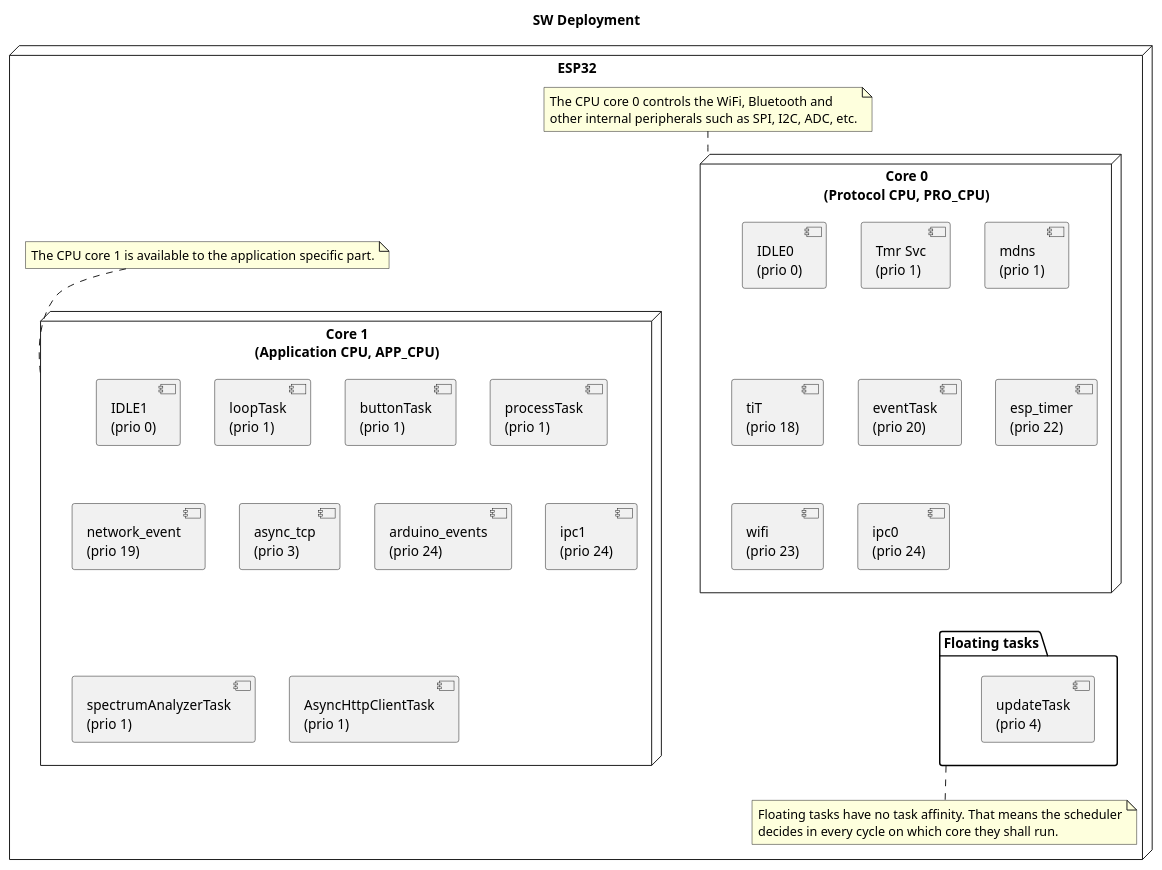
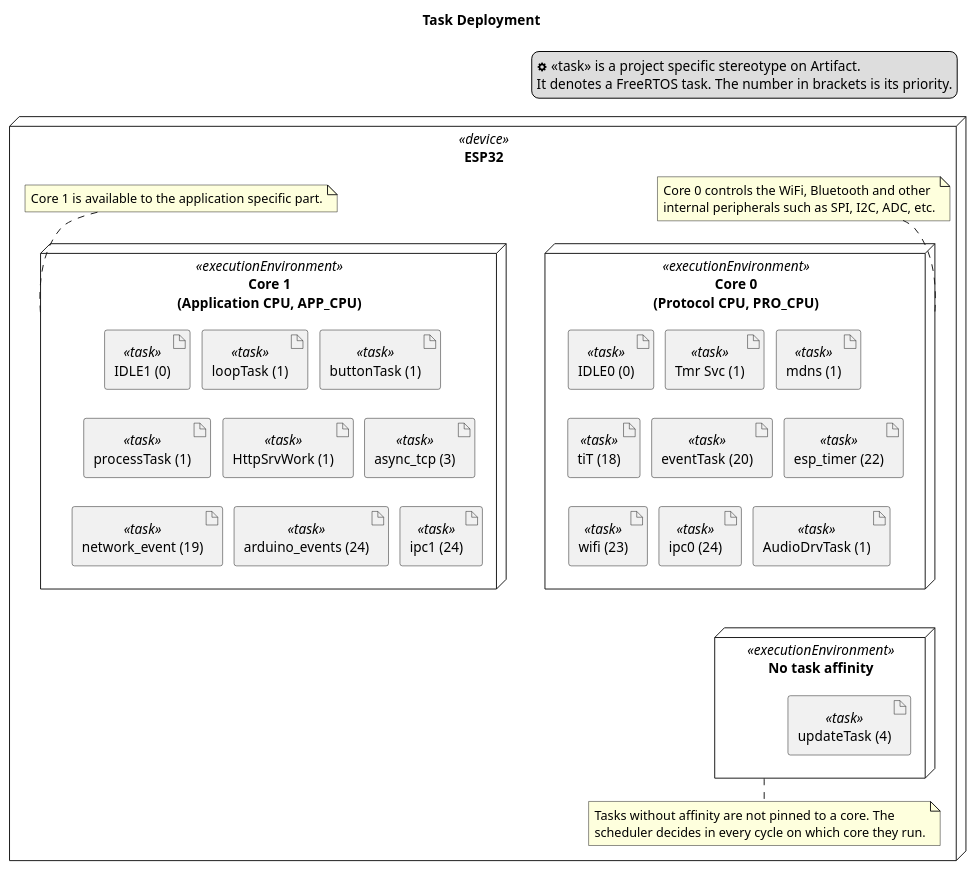
Before and after one commit to BlueAndi/Pixelix: the diagram in doc/architecture/uml/deployment.wsd, drawn with PlantUML. The commit also changed 66 other files, not shown here.

Commit message:
SW architecture updated

```diff
--- a/doc/architecture/uml/deployment.wsd
+++ b/doc/architecture/uml/deployment.wsd
@@ -1,57 +1,68 @@
 @startuml deployment
 
-title SW Deployment
+title Task Deployment
 
-node "ESP32" {
+' UML 2.5.1 (section 19.3.3): a Component is never deployed, only an Artifact is.
+' A FreeRTOS task is therefore modelled as an Artifact, deployed by nesting it
+' into the ExecutionEnvironment which schedules it.
 
-    node "Core 0\n(Protocol CPU, PRO_CPU)" as proCpu {
+skinparam nodesep 12
+skinparam ranksep 30
 
-        component "IDLE0\n(prio 0)" as idle1Task
-        component "Tmr Svc\n(prio 1)" as tmrSvcTask
-        component "mdns\n(prio 1)" as mdnsTask
-        component "tiT\n(prio 18)" as tiTTask
-        component "eventTask\n(prio 20)" as eventTask
-        component "esp_timer\n(prio 22)" as espTimerTask
-        component "wifi\n(prio 23)" as wifiTask
-        component "ipc0\n(prio 24)" as ipc0Task
+legend top right
+    <&cog> «task» is a project specific stereotype on Artifact.
+    It denotes a FreeRTOS task. The number in brackets is its priority.
+endlegend
+
+node "ESP32" <<device>> as esp32 {
+
+    node "Core 0\n(Protocol CPU, PRO_CPU)" <<executionEnvironment>> as proCpu {
+
+        artifact "IDLE0 (0)" <<task>> as idle0Task
+        artifact "Tmr Svc (1)" <<task>> as tmrSvcTask
+        artifact "mdns (1)" <<task>> as mdnsTask
+        artifact "tiT (18)" <<task>> as tiTTask
+        artifact "eventTask (20)" <<task>> as eventTask
+        artifact "esp_timer (22)" <<task>> as espTimerTask
+        artifact "wifi (23)" <<task>> as wifiTask
+        artifact "ipc0 (24)" <<task>> as ipc0Task
+        artifact "AudioDrvTask (1)" <<task>> as audioDrvTask
     }
 
-    node "Core 1\n(Application CPU, APP_CPU)" as appCpu {
+    node "Core 1\n(Application CPU, APP_CPU)" <<executionEnvironment>> as appCpu {
 
-        component "IDLE1\n(prio 0)" as idle0Task
-        component "loopTask\n(prio 1)" as loopTask
-        component "buttonTask\n(prio 1)" as buttonTask
-        component "processTask\n(prio 1)" as processTask
-        component "network_event\n(prio 19)" as networkEventTask
-        component "async_tcp\n(prio 3)" as asyncTcpTask
-
-        component "arduino_events\n(prio 24)" as arduinoEvents
-
-        component "ipc1\n(prio 24)" as ipc1Task
-        component "spectrumAnalyzerTask\n(prio 1)" as spectrumAnalyzerTask
-        component "AsyncHttpClientTask\n(prio 1)" as asyncHttpClientTask
+        artifact "IDLE1 (0)" <<task>> as idle1Task
+        artifact "loopTask (1)" <<task>> as loopTask
+        artifact "buttonTask (1)" <<task>> as buttonTask
+        artifact "processTask (1)" <<task>> as processTask
+        artifact "HttpSrvWork (1)" <<task>> as httpSrvWorkTask
+        artifact "async_tcp (3)" <<task>> as asyncTcpTask
+        artifact "network_event (19)" <<task>> as networkEventTask
+        artifact "arduino_events (24)" <<task>> as arduinoEventsTask
+        artifact "ipc1 (24)" <<task>> as ipc1Task
     }
 
-    package "Floating tasks" as floatingTasks {
-        component "updateTask\n(prio 4)" as updateTask
+    node "No task affinity" <<executionEnvironment>> as floating {
+
+        artifact "updateTask (4)" <<task>> as updateTask
     }
 
     note top of proCpu
-        The CPU core 0 controls the WiFi, Bluetooth and
-        other internal peripherals such as SPI, I2C, ADC, etc.
+        Core 0 controls the WiFi, Bluetooth and other
+        internal peripherals such as SPI, I2C, ADC, etc.
     end note
 
     note top of appCpu
-        The CPU core 1 is available to the application specific part.
+        Core 1 is available to the application specific part.
     end note
 
-    note bottom of floatingTasks
-        Floating tasks have no task affinity. That means the scheduler
-        decides in every cycle on which core they shall run.
+    note bottom of floating
+        Tasks without affinity are not pinned to a core. The
+        scheduler decides in every cycle on which core they run.
     end note
 
-    proCpu -[hidden]- appCpu
-    proCpu -[hidden]--- floatingTasks
+    proCpu -[hidden]right- appCpu
+    proCpu -[hidden]--- floating
 }
 
 @enduml
```
